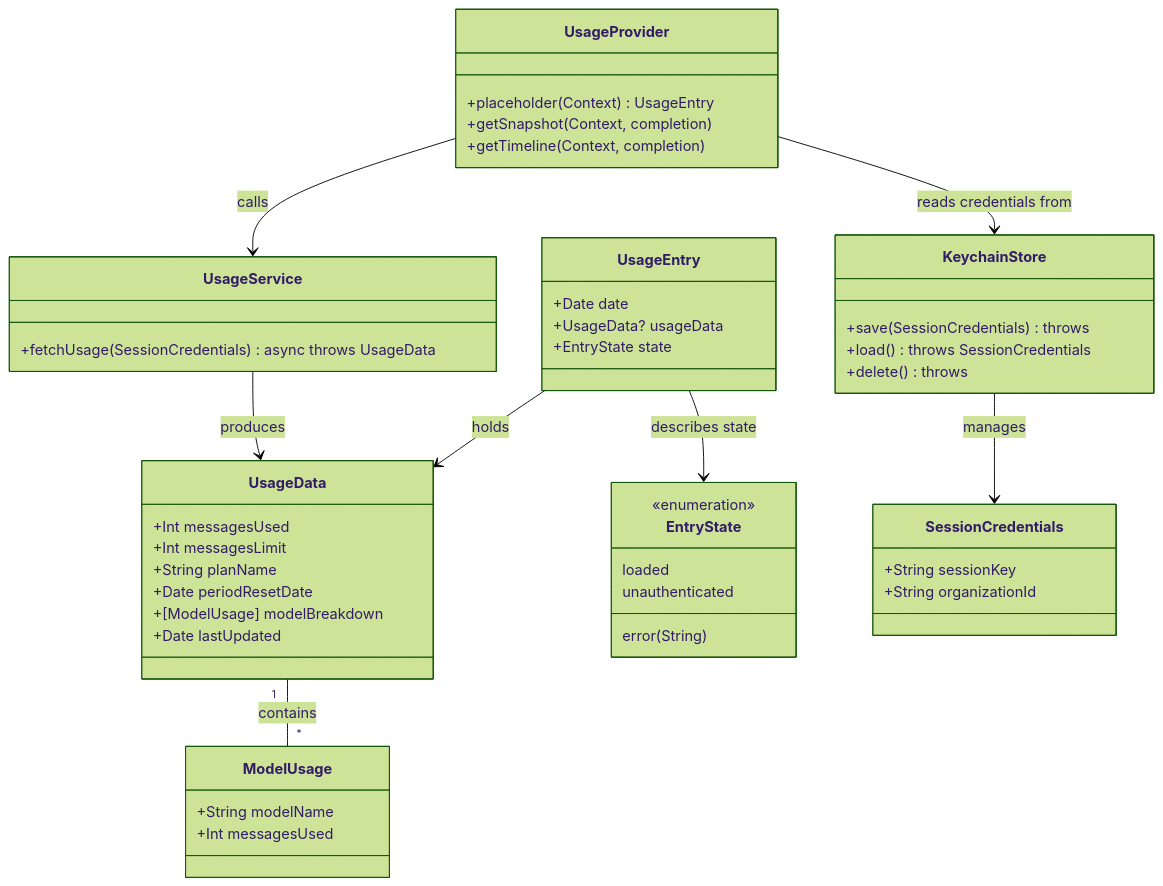
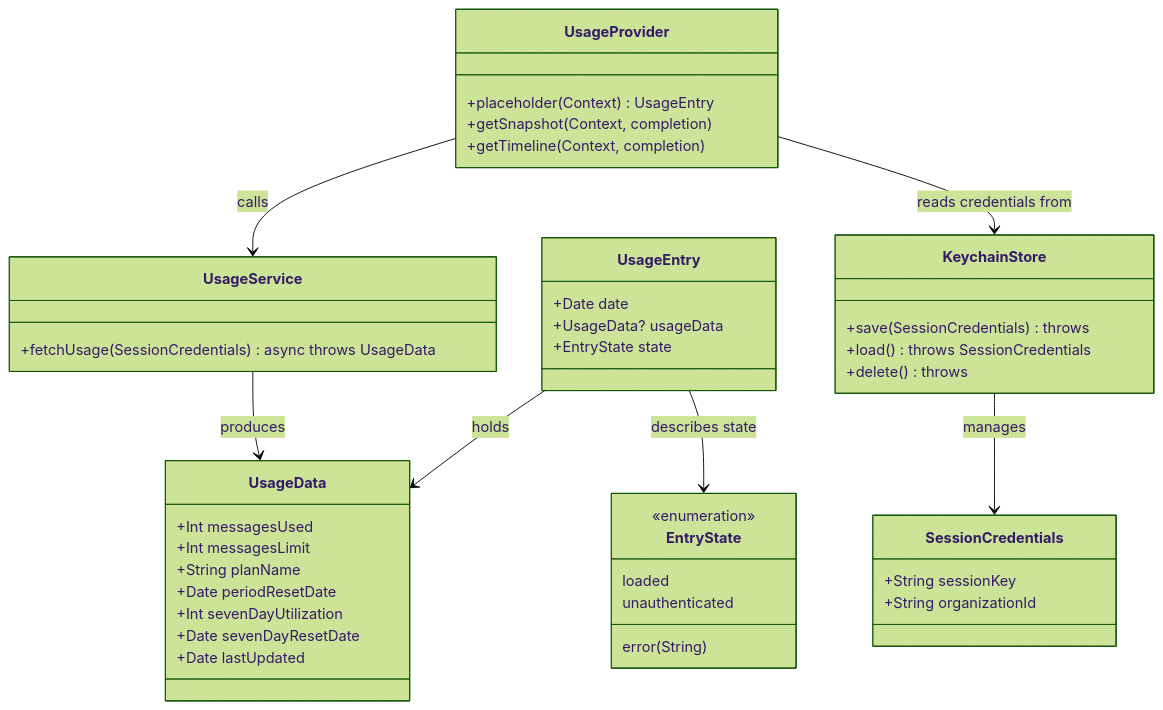
Before and after one commit to sergei-matheson/claude-usage-widget: the diagram in spdd/prompt/GGQPA-XXX-202605221558-[Feat]-widget-claude-usage-macos-widgetkit.md, drawn with Mermaid (forest theme). The commit also changed other lines of this file and 1 other file, not shown here.

````diff
--- a/spdd/prompt/GGQPA-XXX-202605221558-[Feat]-widget-claude-usage-macos-widgetkit.md
+++ b/spdd/prompt/GGQPA-XXX-202605221558-[Feat]-widget-claude-usage-macos-widgetkit.md
@@ -7,60 +7,55 @@
 ```mermaid
 classDiagram
 direction TB
 
 class UsageData {
     +Int messagesUsed
     +Int messagesLimit
     +String planName
     +Date periodResetDate
-    +[ModelUsage] modelBreakdown
+    +Int sevenDayUtilization
+    +Date sevenDayResetDate
     +Date lastUpdated
-}
-
-class ModelUsage {
-    +String modelName
-    +Int messagesUsed
 }
 
 class UsageEntry {
     +Date date
     +UsageData? usageData
     +EntryState state
 }
 
 class EntryState {
     <<enumeration>>
     loaded
     unauthenticated
     error(String)
 }
 
 class SessionCredentials {
     +String sessionKey
     +String organizationId
 }
 
 class UsageProvider {
     +placeholder(Context) UsageEntry
     +getSnapshot(Context, completion)
     +getTimeline(Context, completion)
 }
 
 class UsageService {
     +fetchUsage(SessionCredentials) async throws UsageData
 }
 
 class KeychainStore {
     +save(SessionCredentials) throws
     +load() throws SessionCredentials
     +delete() throws
 }
 
-UsageData "1" -- "*" ModelUsage : contains
 UsageEntry --> UsageData : holds
 UsageEntry --> EntryState : describes state
 UsageProvider --> UsageService : calls
 UsageProvider --> KeychainStore : reads credentials from
 UsageService --> UsageData : produces
 KeychainStore --> SessionCredentials : manages
 ```
````
